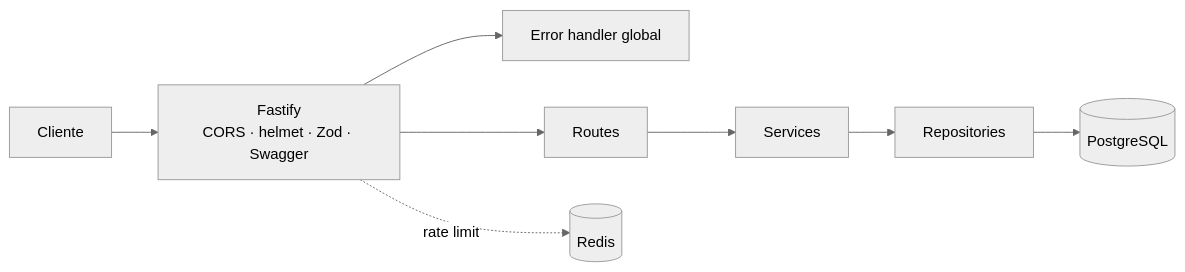
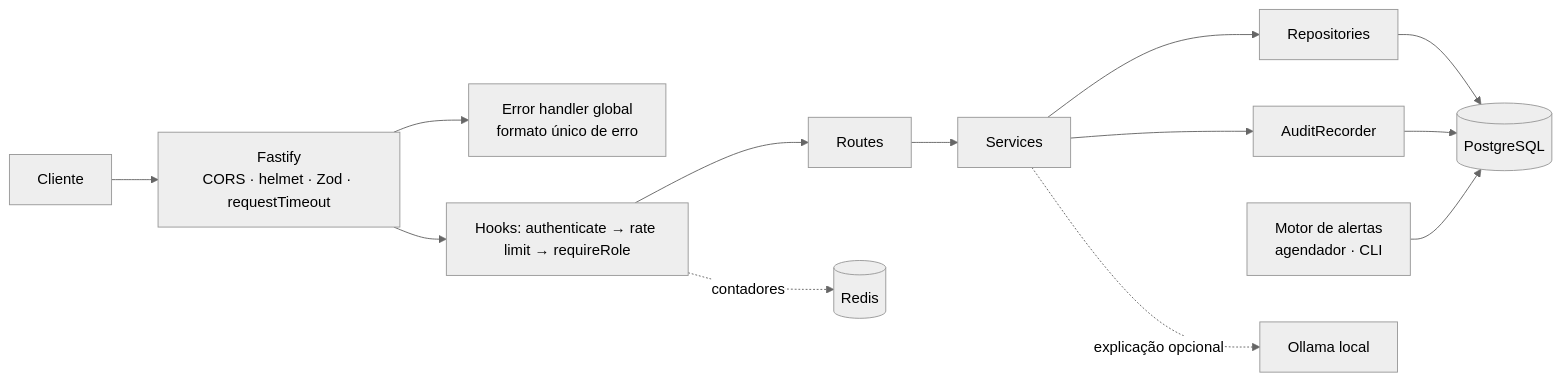
One commit to Makoshyt/Mako-Auth-Api changed the first of 11 diagrams in docs/architecture.md. Above: the diagram before and after it, drawn with Mermaid (neutral theme). The commit also changed other lines of this file and 34 other files, not shown here.

````diff
--- a/docs/architecture.md
+++ b/docs/architecture.md
@@ -11,10 +24,14 @@
 ```mermaid
 flowchart LR
-  C[Cliente] --> F[Fastify<br/>CORS · helmet · Zod · Swagger]
-  F --> EH[Error handler global]
-  F --> R[Routes]
+  C[Cliente] --> F[Fastify<br/>CORS · helmet · Zod · requestTimeout]
+  F --> EH[Error handler global<br/>formato único de erro]
+  F --> H[Hooks: authenticate → rate limit → requireRole]
+  H --> R[Routes]
   R --> S[Services]
   S --> REPO[Repositories]
   REPO --> PG[(PostgreSQL)]
-  F -. rate limit .-> RD[(Redis)]
+  H -. contadores .-> RD[(Redis)]
+  S --> AUD[AuditRecorder] --> PG
+  ENG[Motor de alertas<br/>agendador · CLI] --> PG
+  S -. explicação opcional .-> OL[Ollama local]
 ```
````
